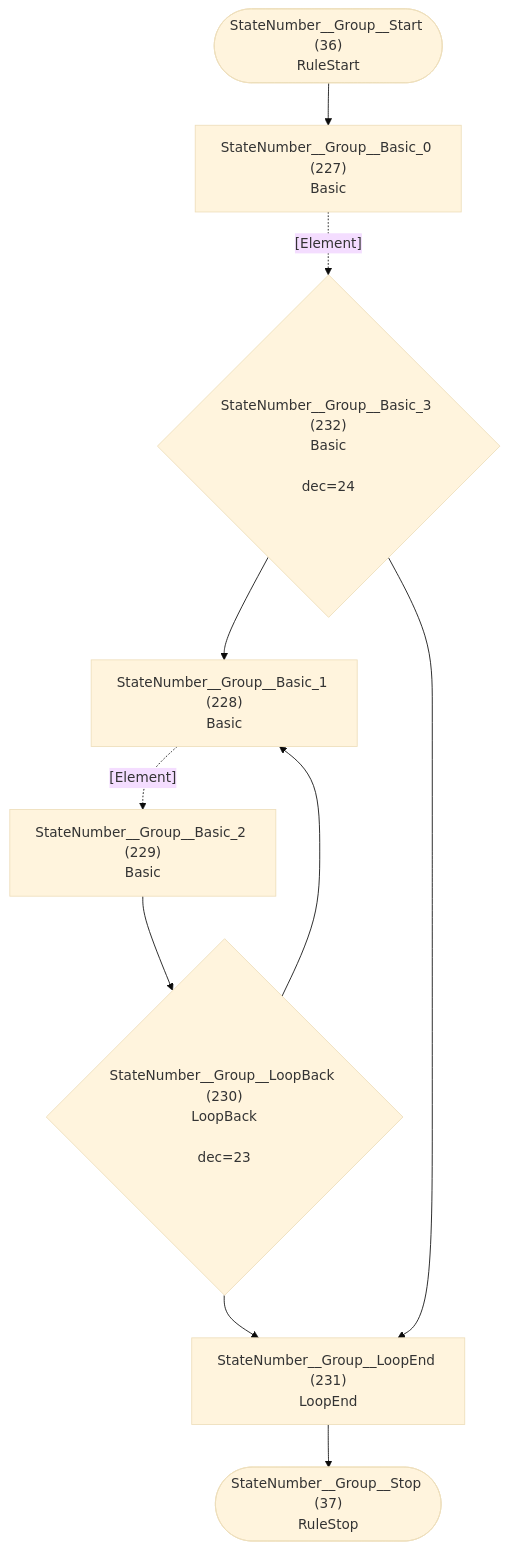
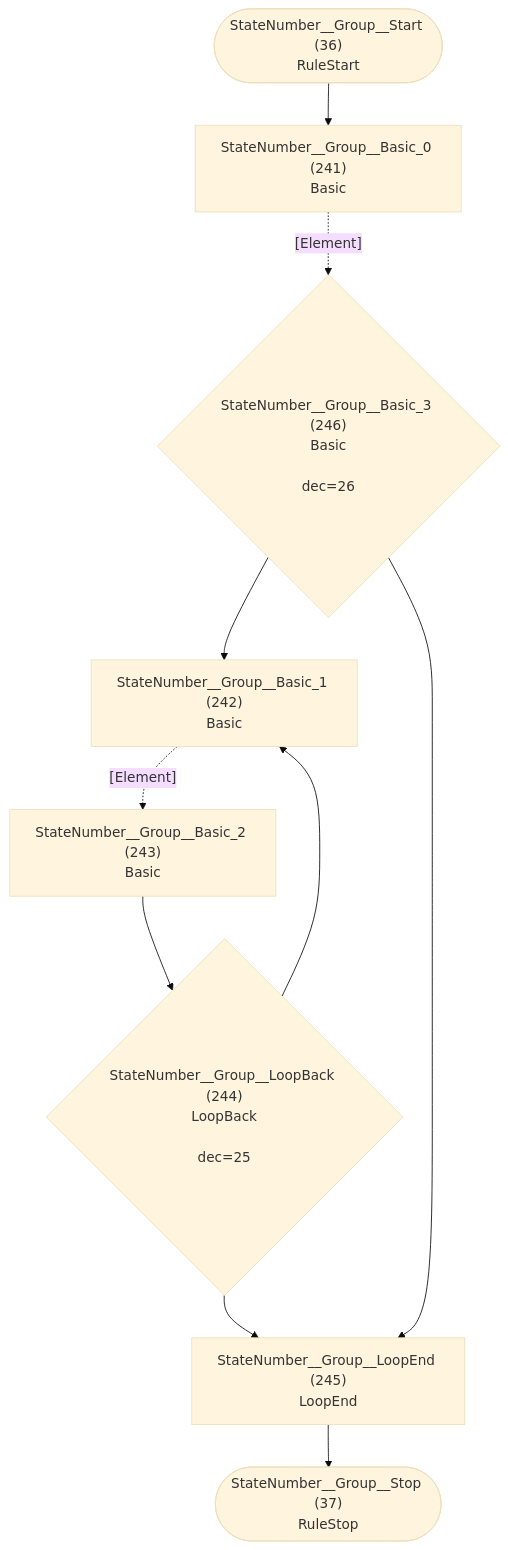
Diagram 19 of 32 in internal/grammar/atn.md (TypeFox/fastbelt), drawn with Mermaid (base theme) before and after one commit. The commit also changed other lines of this file and 21 other files, not shown here.

````diff
--- a/internal/grammar/atn.md
+++ b/internal/grammar/atn.md
@@ -542,21 +574,21 @@
 ```mermaid
 flowchart TD
     q36(["StateNumber__Group__Start (36)<br/>RuleStart"])
     q37(["StateNumber__Group__Stop (37)<br/>RuleStop"])
-    q227["StateNumber__Group__Basic_0 (227)<br/>Basic<br/>"]
-    q228["StateNumber__Group__Basic_1 (228)<br/>Basic<br/>"]
-    q229["StateNumber__Group__Basic_2 (229)<br/>Basic<br/>"]
-    q230{"StateNumber__Group__LoopBack (230)<br/>LoopBack<br/><br/>dec=23"}
-    q231["StateNumber__Group__LoopEnd (231)<br/>LoopEnd<br/>"]
-    q232{"StateNumber__Group__Basic_3 (232)<br/>Basic<br/><br/>dec=24"}
+    q241["StateNumber__Group__Basic_0 (241)<br/>Basic<br/>"]
+    q242["StateNumber__Group__Basic_1 (242)<br/>Basic<br/>"]
+    q243["StateNumber__Group__Basic_2 (243)<br/>Basic<br/>"]
+    q244{"StateNumber__Group__LoopBack (244)<br/>LoopBack<br/><br/>dec=25"}
+    q245["StateNumber__Group__LoopEnd (245)<br/>LoopEnd<br/>"]
+    q246{"StateNumber__Group__Basic_3 (246)<br/>Basic<br/><br/>dec=26"}
 
-    q36 --> q227
-    q227 -.->|"[Element]"| q232
-    q228 -.->|"[Element]"| q229
-    q229 --> q230
-    q230 --> q228
-    q230 --> q231
-    q231 --> q37
-    q232 --> q228
-    q232 --> q231
+    q36 --> q241
+    q241 -.->|"[Element]"| q246
+    q242 -.->|"[Element]"| q243
+    q243 --> q244
+    q244 --> q242
+    q244 --> q245
+    q245 --> q37
+    q246 --> q242
+    q246 --> q245
 ```
````
